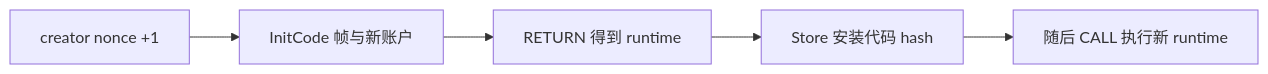
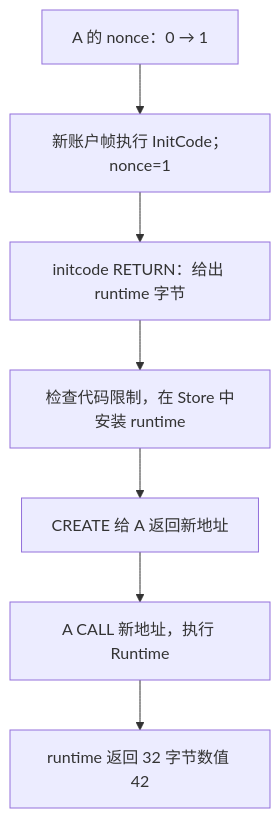
The diagram in docs/10-snapshots-summaries-creation.md (ethever/evm-abstract-lab), drawn with Mermaid before and after one commit. The commit also changed other lines of this file and 13 other files, not shown here.

````diff
--- a/docs/10-snapshots-summaries-creation.md
+++ b/docs/10-snapshots-summaries-creation.md
@@ -38,7 +127,9 @@
 ```mermaid
-flowchart LR
-    A[creator nonce +1] --> B[InitCode 帧与新账户]
-    B --> C[RETURN 得到 runtime]
-    C --> D[Store 安装代码 hash]
-    D --> E[随后 CALL 执行新 runtime]
+flowchart TD
+    A["A 的 nonce：0 → 1"] --> B["新账户帧执行 InitCode；nonce=1"]
+    B --> C["initcode RETURN：给出 runtime 字节"]
+    C --> D["检查代码限制，在 Store 中安装 runtime"]
+    D --> E["CREATE 给 A 返回新地址"]
+    E --> F["A CALL 新地址，执行 Runtime"]
+    F --> G["runtime 返回 32 字节数值 42"]
 ```
````
